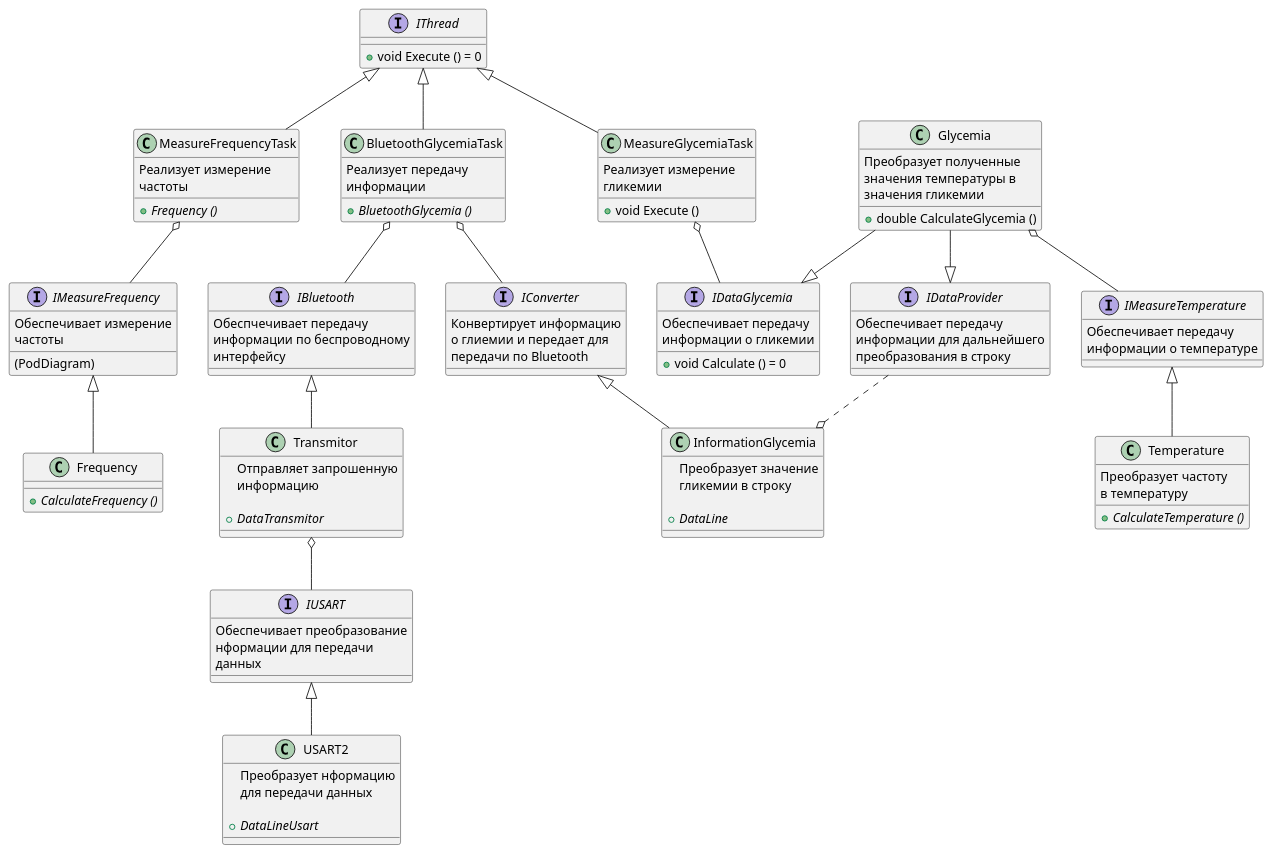
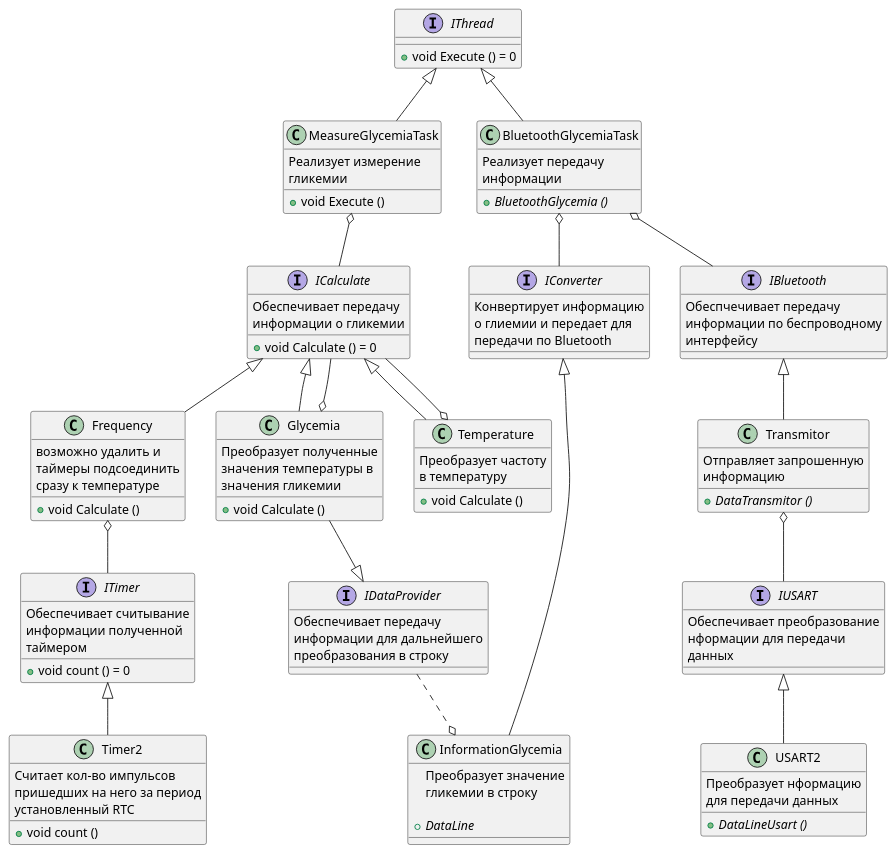
One commit to Luda-Seliv-KE-413/Kursovoy changed the diagram in DOC/Diagram.puml. Above: the diagram before and after it, drawn with PlantUML.

```diff
--- a/DOC/Diagram.puml
+++ b/DOC/Diagram.puml
@@ -1,133 +1,143 @@
 @startuml main 
 
 interface IThread
 {
     + void Execute () = 0
 }
 class MeasureGlycemiaTask
 {
     Реализует измерение
     гликемии
 
     + void Execute ()
 }
 class Glycemia
 {
     Преобразует полученные
     значения температуры в
     значения гликемии
 
-     + double CalculateGlycemia ()
+     + void Calculate ()
 }
-interface IMeasureTemperature
-{
-    Обеспечивает передачу
-    информации о температуре
-}
+
 class Temperature
 {
     Преобразует частоту
     в температуру
 
-     + {abstract} CalculateTemperature ()
+     + void Calculate ()
 }
-class MeasureFrequencyTask
-{
-    Реализует измерение
-    частоты
 
-    + {abstract} Frequency ()
-}
-interface IMeasureFrequency
-{
-    Обеспечивает измерение
-    частоты
-    (PodDiagram)
-}
 class Frequency
 {
-     + {abstract} CalculateFrequency ()
+     возможно удалить и 
+     таймеры подсоединить
+     сразу к температуре
+     
+     + void Calculate ()
 }
 
 IThread <|-down- MeasureGlycemiaTask
-IDataGlycemia -up-o MeasureGlycemiaTask
-IDataGlycemia <|-up- Glycemia
-IMeasureTemperature -up-o Glycemia
-Temperature -up-|> IMeasureTemperature
-Frequency -up-|> IMeasureFrequency
-MeasureFrequencyTask -up-|> IThread
-IMeasureFrequency -up-o MeasureFrequencyTask
+ICalculate -up-o MeasureGlycemiaTask
+ICalculate <|-- Glycemia
+ICalculate --o Glycemia
+Temperature -up-|> ICalculate
+Frequency -up-|> ICalculate
+ICalculate --o Temperature
 
 class BluetoothGlycemiaTask
 {
     Реализует передачу
     информации
 
      + {abstract} BluetoothGlycemia ()
 }
 class USART2
 {
     Преобразует нформацию
     для передачи данных
     
-    + {abstract} DataLineUsart
+    + {abstract} DataLineUsart ()
 }
 class Transmitor
 {
     Отправляет запрошенную
     информацию
     
-    + {abstract} DataTransmitor
+    + {abstract} DataTransmitor ()
 }
-interface IDataGlycemia
+interface ICalculate
 {
     Обеспечивает передачу
     информации о гликемии
 
     + void Calculate () = 0
 }
+
 class InformationGlycemia
 {
     Преобразует значение 
     гликемии в строку
     
     + {abstract} DataLine
 }
 interface IBluetooth
 {
     Обеспчечивает передачу 
     информации по беспроводному
     интерфейсу
 }
 interface IUSART
 {
     Обеспечивает преобразование 
     нформации для передачи 
     данных
 }
 interface IConverter
 {
     Конвертирует информацию 
     о глиемии и передает для 
     передачи по Bluetooth
 }
 interface IDataProvider
 {
     Обеспечивает передачу 
     информации для дальнейшего 
     преобразования в строку
 }
 
 IThread <|-- BluetoothGlycemiaTask
 BluetoothGlycemiaTask o-- IBluetooth
 Transmitor -up-|> IBluetooth
 IUSART -up-o Transmitor
 USART2 -up-|> IUSART
 InformationGlycemia -up-|> IConverter
 IConverter -up-o BluetoothGlycemiaTask
 
 
 InformationGlycemia o.up.IDataProvider
 Glycemia --|> IDataProvider
 
+
+
+interface ITimer
+{
+    Обеспечивает считывание
+    информации полученной
+    таймером
+
+    + void count () = 0
+}
+class Timer2
+{
+    Считает кол-во импульсов
+    пришедших на него за период 
+    установленный RTC
+
+    + void count ()
+}
+
+ITimer -up-o Frequency
+Timer2 -up-|> ITimer
+
 @enduml
```
